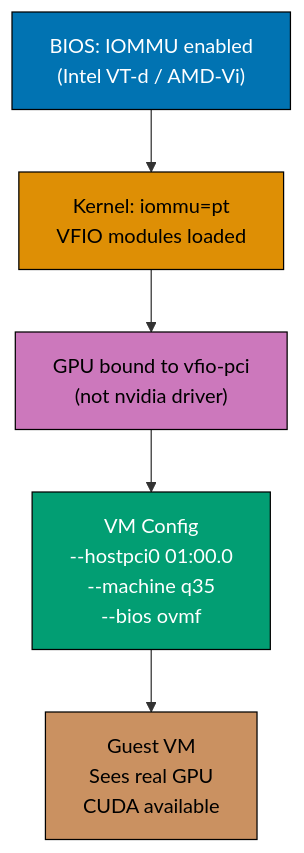
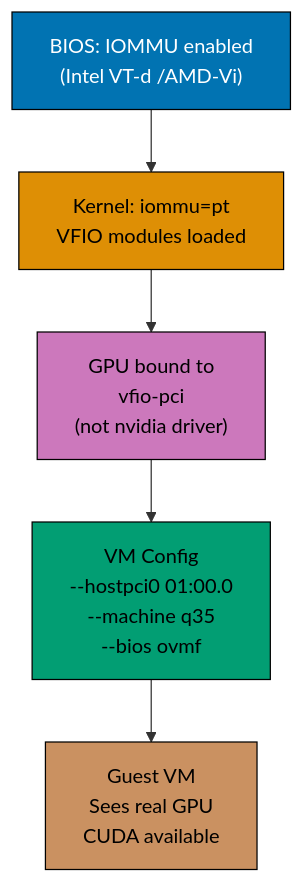
One commit to wahidyankf/ose-public changed the fifth of 12 diagrams in apps/ayokoding-www/content/en/learn/legacy/software-engineering/infrastructure/tools/proxmox/by-example/advanced.md. Above: the diagram before and after it, drawn with Mermaid. The commit also changed other lines of this file and 131 other files, not shown here.

First line of the commit message:
fix(mermaid): bring the legacy data, infrastructure, and testing diagrams onto the accessible palette

````diff
--- a/apps/ayokoding-www/content/en/learn/legacy/software-engineering/infrastructure/tools/proxmox/by-example/advanced.md
+++ b/apps/ayokoding-www/content/en/learn/legacy/software-engineering/infrastructure/tools/proxmox/by-example/advanced.md
@@ -1385,14 +1416,22 @@
 ```mermaid
 %% Color Palette: Blue #0173B2, Orange #DE8F05, Teal #029E73, Purple #CC78BC, Brown #CA9161
 graph TD
-    A["BIOS: IOMMU enabled<br/>(Intel VT-d / AMD-Vi)"] --> B["Kernel: iommu=pt<br/>VFIO modules loaded"]
-    B --> C["GPU bound to vfio-pci<br/>(not nvidia driver)"]
+    accTitle: Example 71: Configure PCIe Passthrough
+    accDescr: Graph with 8 nodes and 7 connections. Nodes: BIOS: IOMMU enabled (Intel VT-d /AMD-Vi), Kernel: iommu=pt VFIO modules loaded, GPU bound to vfio-pci (not nvidia driver), D, hostpci0, machine, bios, Guest VM Sees real GPU CUDA available. Connections: BIOS: IOMMU enabled (Intel VT-d /AMD-Vi) to Kernel: iommu=pt VFIO modules loaded, Kernel: iommu=pt VFIO modules loaded to GPU bound to vfio-pci (not nvidia driver), GPU bound to vfio-pci (not nvidia driver) to D, D to hostpci0, hostpci0 to machine, machine to bios, D to Guest VM Sees real GPU CUDA available.
+    A["BIOS: IOMMU enabled<br/>(Intel VT-d /AMD-Vi)"] --> B["Kernel: iommu=pt<br/>VFIO modules loaded"]
+    B --> C["GPU bound to<br/>vfio-pci<br/>(not nvidia driver)"]
     C --> D["VM Config<br/>--hostpci0 01:00.0<br/>--machine q35<br/>--bios ovmf"]
     D --> E["Guest VM<br/>Sees real GPU<br/>CUDA available"]
 
-    style A fill:#0173B2,color:#fff,stroke:#000
-    style B fill:#DE8F05,color:#000,stroke:#000
-    style C fill:#CC78BC,color:#000,stroke:#000
-    style D fill:#029E73,color:#fff,stroke:#000
-    style E fill:#CA9161,color:#000,stroke:#000
+    classDef pal-0173B2 fill:#0173B2,stroke:#000000,color:#FFFFFF
+    class A pal-0173B2
+    classDef pal-DE8F05 fill:#DE8F05,stroke:#000000,color:#000000
+    class B pal-DE8F05
+    classDef pal-CC78BC fill:#CC78BC,stroke:#000000,color:#000000
+    class C pal-CC78BC
+    classDef pal-029E73 fill:#029E73,stroke:#000000,color:#000000
+    class D pal-029E73
+    classDef pal-CA9161 fill:#CA9161,stroke:#000000,color:#000000
+    class E pal-CA9161
+    classDef default fill:#FFFFFF,stroke:#000000,color:#000000
 ```
````
